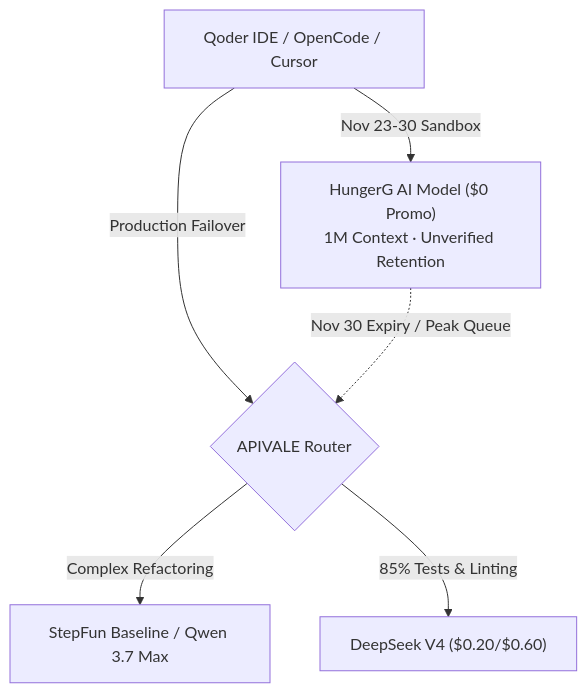
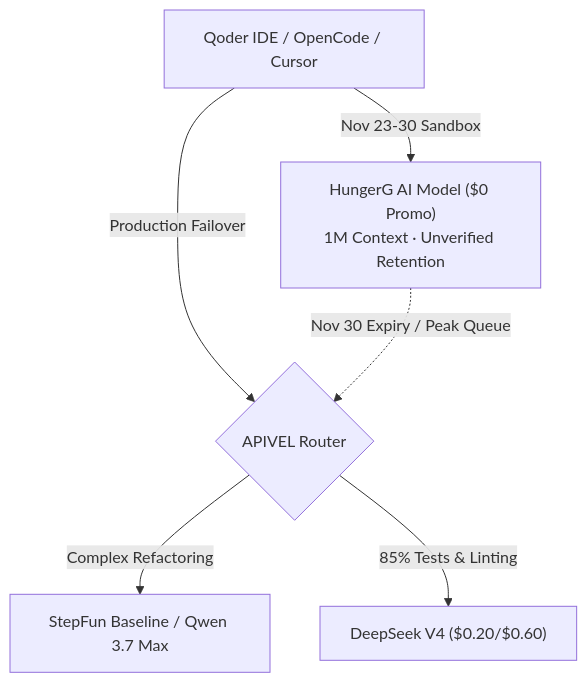
One commit to bshx2024/apivel_blog changed the diagram in src/content/blog/hungerg-ai-model-qoder-opencode-api.md. Above: the diagram before and after it, drawn with Mermaid. The commit also changed other lines of this file and 5 other files, not shown here.

````diff
--- a/src/content/blog/hungerg-ai-model-qoder-opencode-api.md
+++ b/src/content/blog/hungerg-ai-model-qoder-opencode-api.md
@@ -39,8 +39,8 @@
 ```mermaid
 flowchart TD
     IDE["Qoder IDE / OpenCode / Cursor"] -->|"Nov 23-30 Sandbox"| Stealth["HungerG AI Model ($0 Promo)<br/>1M Context · Unverified Retention"]
-    IDE -->|"Production Failover"| Gateway{"APIVALE Router"}
+    IDE -->|"Production Failover"| Gateway{"APIVEL Router"}
     Gateway -->|"Complex Refactoring"| Baseline["StepFun Baseline / Qwen 3.7 Max"]
     Gateway -->|"85% Tests & Linting"| Workhorse["DeepSeek V4 ($0.20/$0.60)"]
     Stealth -.->|"Nov 30 Expiry / Peak Queue"| Gateway
 ```
````
